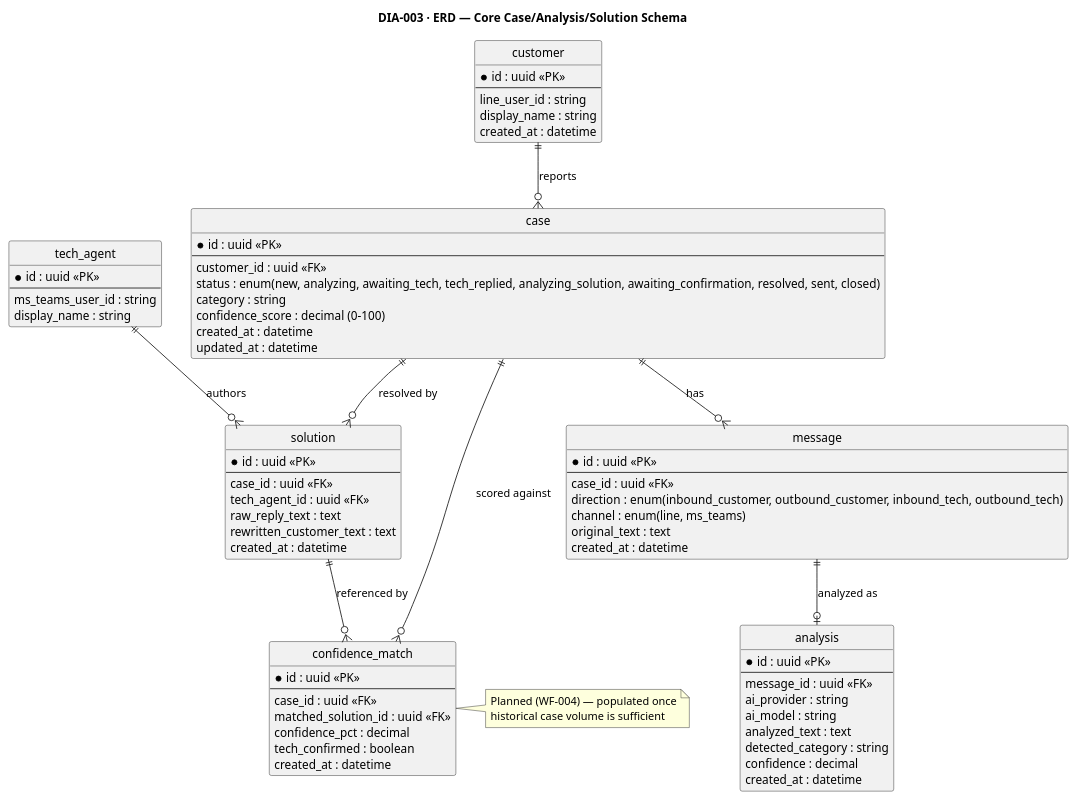
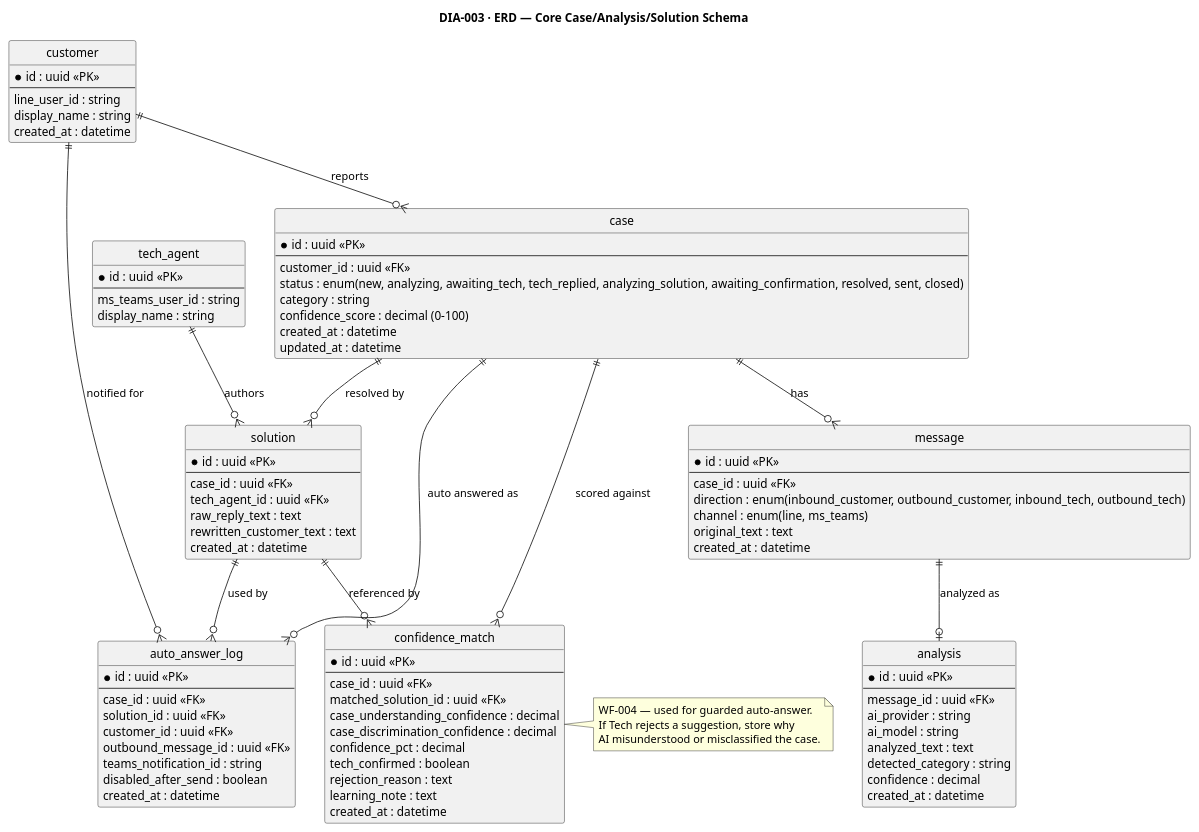
One commit to develyst1/the-off-ml-project-requirement changed the diagram in diagrams/03-erd.puml. Above: the diagram before and after it, drawn with PlantUML. The commit also changed 7 other files, not shown here.

First line of the commit message:
Enhance auto-answer functionality and update documentation

```diff
--- a/diagrams/03-erd.puml
+++ b/diagrams/03-erd.puml
@@ -1,86 +1,106 @@
 @startuml 03-erd
 title DIA-003 · ERD — Core Case/Analysis/Solution Schema
 skinparam shadowing false
 hide circle
 
 entity "customer" as customer {
   * id : uuid <<PK>>
   --
   line_user_id : string
   display_name : string
   created_at : datetime
 }
 
 entity "case" as case_ {
   * id : uuid <<PK>>
   --
   customer_id : uuid <<FK>>
   status : enum(new, analyzing, awaiting_tech, tech_replied, analyzing_solution, awaiting_confirmation, resolved, sent, closed)
   category : string
   confidence_score : decimal (0-100)
   created_at : datetime
   updated_at : datetime
 }
 
 entity "message" as message {
   * id : uuid <<PK>>
   --
   case_id : uuid <<FK>>
   direction : enum(inbound_customer, outbound_customer, inbound_tech, outbound_tech)
   channel : enum(line, ms_teams)
   original_text : text
   created_at : datetime
 }
 
 entity "analysis" as analysis {
   * id : uuid <<PK>>
   --
   message_id : uuid <<FK>>
   ai_provider : string
   ai_model : string
   analyzed_text : text
   detected_category : string
   confidence : decimal
   created_at : datetime
 }
 
 entity "solution" as solution {
   * id : uuid <<PK>>
   --
   case_id : uuid <<FK>>
   tech_agent_id : uuid <<FK>>
   raw_reply_text : text
   rewritten_customer_text : text
   created_at : datetime
 }
 
 entity "tech_agent" as tech_agent {
   * id : uuid <<PK>>
   --
   ms_teams_user_id : string
   display_name : string
 }
 
 entity "confidence_match" as confidence_match {
   * id : uuid <<PK>>
   --
   case_id : uuid <<FK>>
   matched_solution_id : uuid <<FK>>
+  case_understanding_confidence : decimal
+  case_discrimination_confidence : decimal
   confidence_pct : decimal
   tech_confirmed : boolean
+  rejection_reason : text
+  learning_note : text
   created_at : datetime
 }
 note right of confidence_match
-  Planned (WF-004) — populated once
-  historical case volume is sufficient
+  WF-004 — used for guarded auto-answer.
+  If Tech rejects a suggestion, store why
+  AI misunderstood or misclassified the case.
 end note
+
+entity "auto_answer_log" as auto_answer_log {
+  * id : uuid <<PK>>
+  --
+  case_id : uuid <<FK>>
+  solution_id : uuid <<FK>>
+  customer_id : uuid <<FK>>
+  outbound_message_id : uuid <<FK>>
+  teams_notification_id : string
+  disabled_after_send : boolean
+  created_at : datetime
+}
 
 customer ||--o{ case_ : "reports"
 case_ ||--o{ message : "has"
 message ||--o| analysis : "analyzed as"
 case_ ||--o{ solution : "resolved by"
 tech_agent ||--o{ solution : "authors"
 case_ ||--o{ confidence_match : "scored against"
 solution ||--o{ confidence_match : "referenced by"
+case_ ||--o{ auto_answer_log : "auto answered as"
+solution ||--o{ auto_answer_log : "used by"
+customer ||--o{ auto_answer_log : "notified for"
 
 @enduml
```
